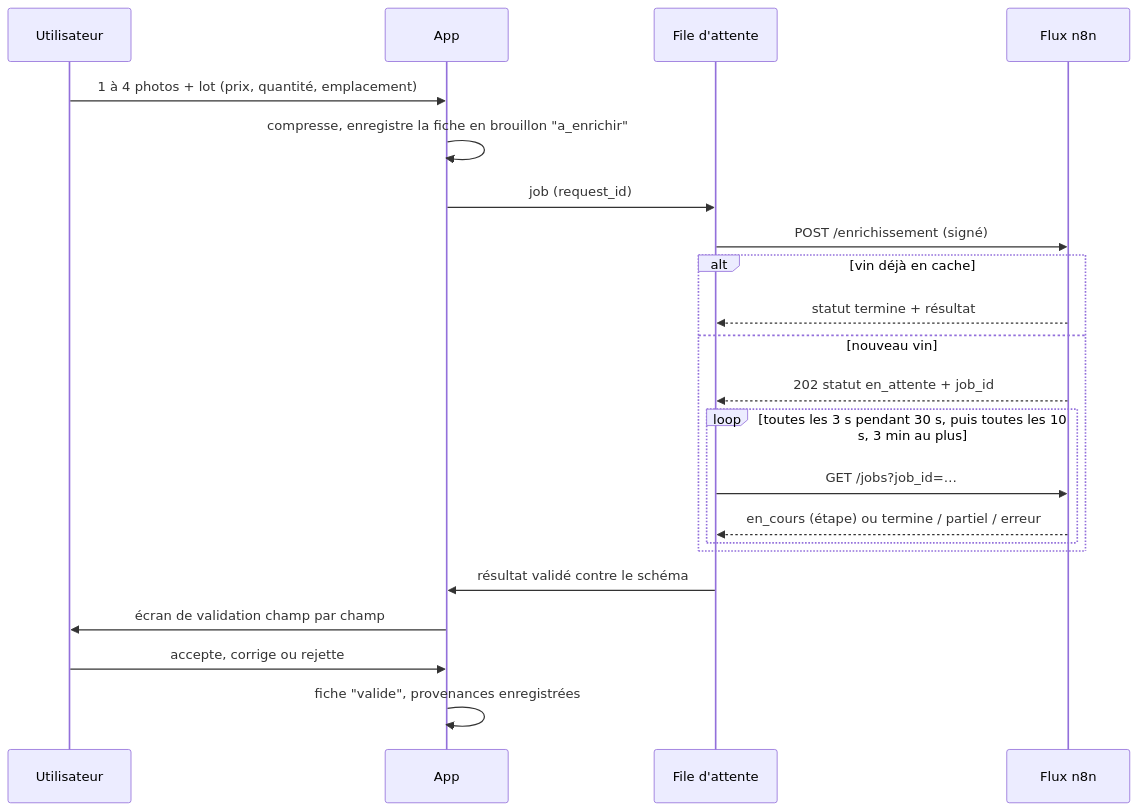
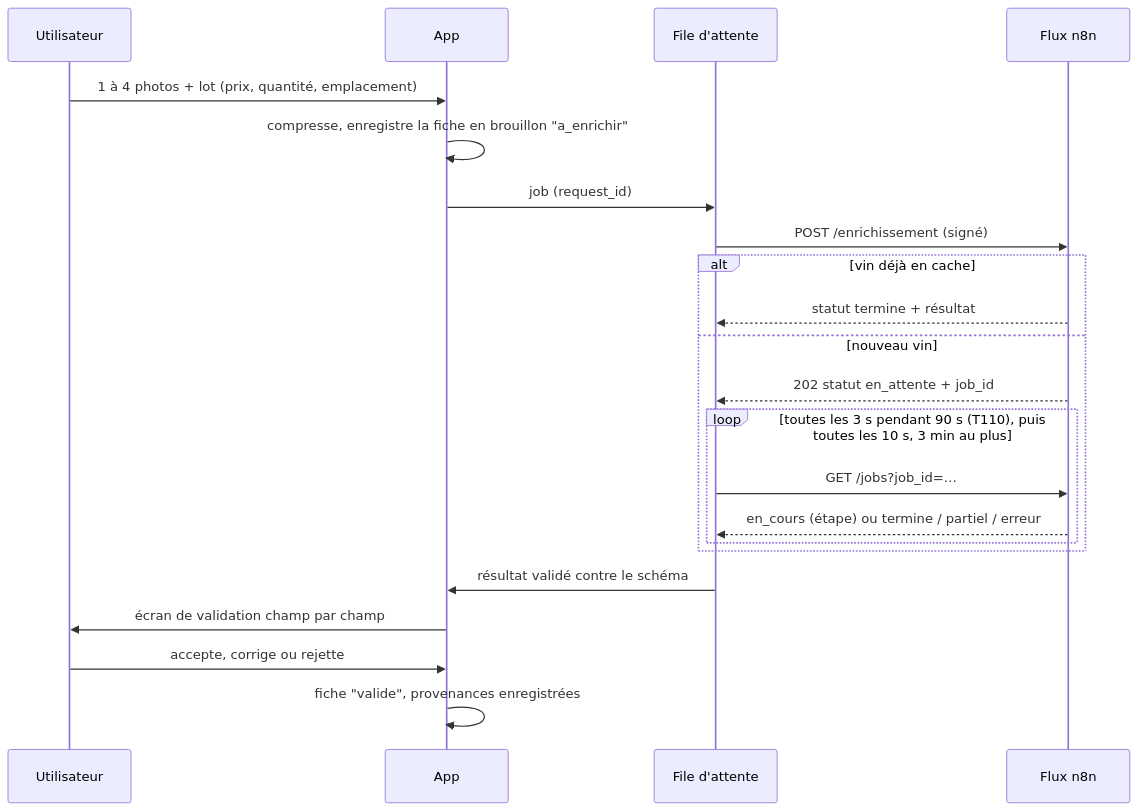
One commit to apexusbertrand/Iacaveavin changed the second of 3 diagrams in docs/02-architecture.md. Above: the diagram before and after it, drawn with Mermaid. The commit also changed 24 other files, not shown here.

````diff
--- a/docs/02-architecture.md
+++ b/docs/02-architecture.md
@@ -92,24 +92,24 @@
 ```mermaid
 sequenceDiagram
   participant U as Utilisateur
   participant A as App
   participant F as File d'attente
   participant N as Flux n8n
   U->>A: 1 à 4 photos + lot (prix, quantité, emplacement)
   A->>A: compresse, enregistre la fiche en brouillon "a_enrichir"
   A->>F: job (request_id)
   F->>N: POST /enrichissement (signé)
   alt vin déjà en cache
     N-->>F: statut termine + résultat
   else nouveau vin
     N-->>F: 202 statut en_attente + job_id
-    loop toutes les 3 s pendant 30 s, puis toutes les 10 s, 3 min au plus
+    loop toutes les 3 s pendant 90 s (T110), puis toutes les 10 s, 3 min au plus
       F->>N: GET /jobs?job_id=…
       N-->>F: en_cours (étape) ou termine / partiel / erreur
     end
   end
   F->>A: résultat validé contre le schéma
   A->>U: écran de validation champ par champ
   U->>A: accepte, corrige ou rejette
   A->>A: fiche "valide", provenances enregistrées
 ```
````
